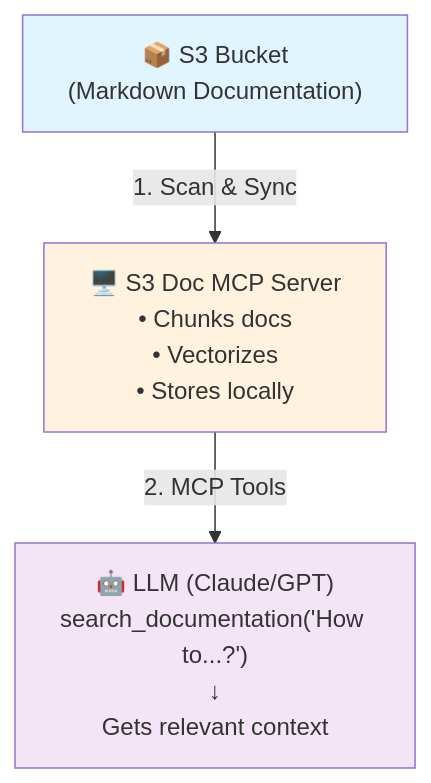
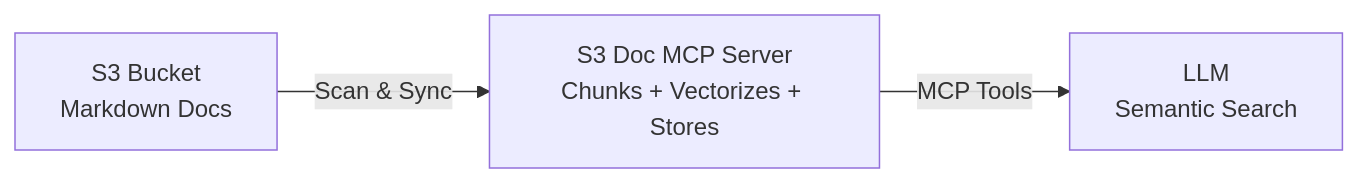
One commit to yoanbernabeu/S3-Documentation-MCP-Server changed the first of 2 diagrams in README.md. Above: the diagram before and after it, drawn with Mermaid. The commit also changed other lines of this file, not shown here.

Commit message:
Refactor README.md to improve clarity and structure, updating architecture diagrams and key components for the Model Context Protocol (MCP) server, enhancing the explanation of the indexing and synchronization processes.

````diff
--- a/README.md
+++ b/README.md
@@ -19,13 +19,5 @@
 ```mermaid
-graph TB
-    S3["📦 S3 Bucket<br/>(Markdown Documentation)"]
-    Server["🖥️ S3 Doc MCP Server<br/>• Chunks docs<br/>• Vectorizes<br/>• Stores locally"]
-    LLM["🤖 LLM (Claude/GPT)<br/>search_documentation('How to...?')<br/>↓<br/>Gets relevant context"]
-    
-    S3 -->|"1. Scan & Sync"| Server
-    Server -->|"2. MCP Tools"| LLM
-    
-    style S3 fill:#e1f5ff
-    style Server fill:#fff3e0
-    style LLM fill:#f3e5f5
+graph LR
+    S3[S3 Bucket<br/>Markdown Docs] -->|Scan & Sync| Server[S3 Doc MCP Server<br/>Chunks + Vectorizes + Stores]
+    Server -->|MCP Tools| LLM[LLM<br/>Semantic Search]
 ```
````
